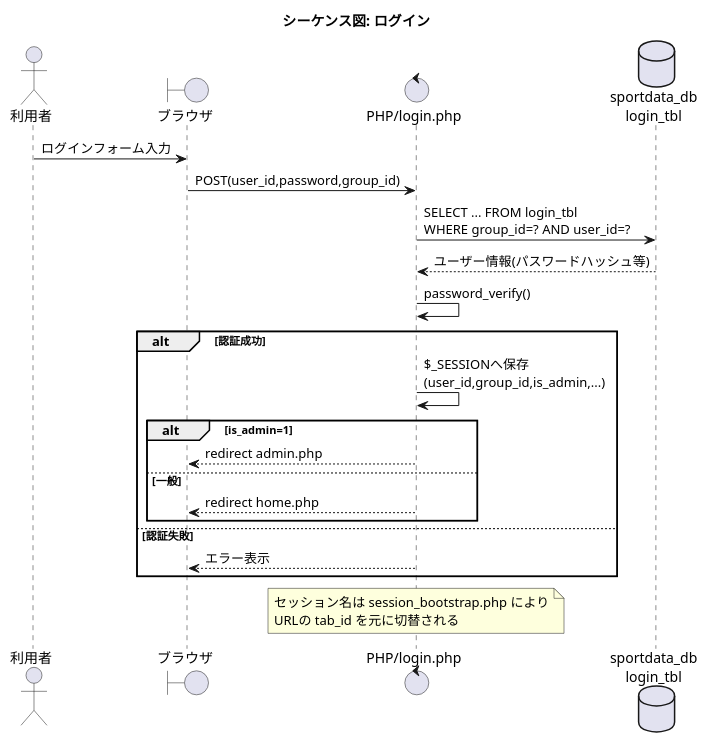
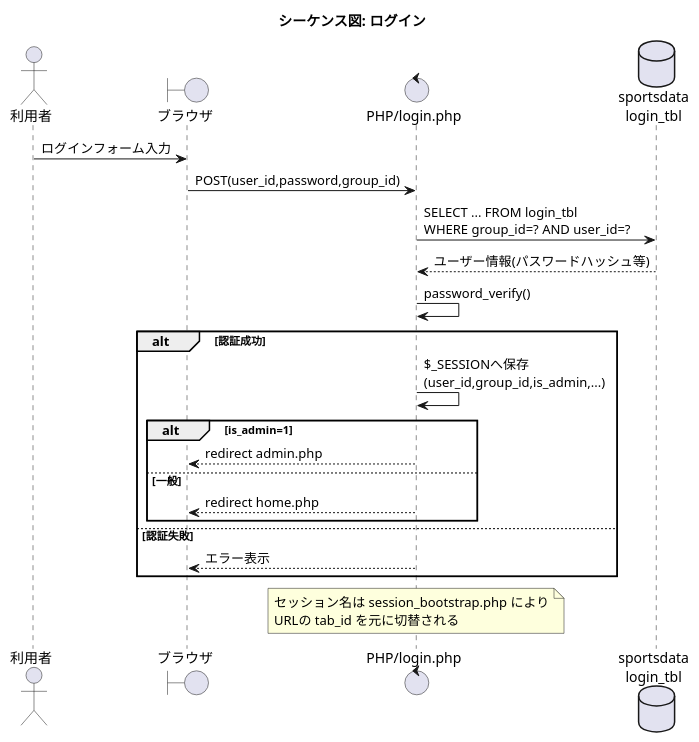
One commit to y24514/Graduation-research changed the diagram in sportdataapp/docs/uml/sequence-login.puml. Above: the diagram before and after it, drawn with PlantUML. The commit also changed 69 other files, not shown here.

```diff
--- a/sportdataapp/docs/uml/sequence-login.puml
+++ b/sportdataapp/docs/uml/sequence-login.puml
@@ -1,30 +1,30 @@
 @startuml
 title シーケンス図: ログイン
 
 actor User as "利用者"
 boundary Browser as "ブラウザ"
 control LoginPHP as "PHP/login.php"
-database DB as "sportdata_db\nlogin_tbl"
+database DB as "sportsdata\nlogin_tbl"
 
 User -> Browser : ログインフォーム入力
 Browser -> LoginPHP : POST(user_id,password,group_id)
 LoginPHP -> DB : SELECT ... FROM login_tbl\nWHERE group_id=? AND user_id=?
 DB --> LoginPHP : ユーザー情報(パスワードハッシュ等)
 LoginPHP -> LoginPHP : password_verify()
 alt 認証成功
   LoginPHP -> LoginPHP : $_SESSIONへ保存\n(user_id,group_id,is_admin,...)
   alt is_admin=1
     LoginPHP --> Browser : redirect admin.php
   else 一般
     LoginPHP --> Browser : redirect home.php
   end
 else 認証失敗
   LoginPHP --> Browser : エラー表示
 end
 
 note over LoginPHP
 セッション名は session_bootstrap.php により
 URLの tab_id を元に切替される
 end note
 
 @enduml
```
